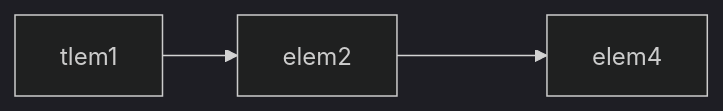
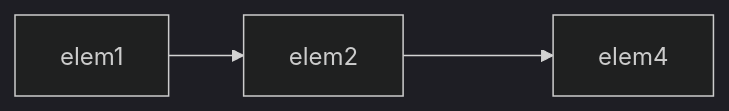
One commit to Free-Aaron-Li/Cpp_Study-program changed the second of 2 diagrams in Cpp_Primer_Studying/PartII_STL/ChapterNine_SeqContainer/docs/ChapterNine_顺序容器.md. Above: the diagram before and after it, drawn with Mermaid (dark theme). The commit also changed other lines of this file and 5 other files, not shown here.

````diff
--- a/Cpp_Primer_Studying/PartII_STL/ChapterNine_SeqContainer/docs/ChapterNine_顺序容器.md
+++ b/Cpp_Primer_Studying/PartII_STL/ChapterNine_SeqContainer/docs/ChapterNine_顺序容器.md
@@ -525,4 +529,4 @@
 ```mermaid
 flowchart LR
-    tlem1-->elem2--->elem4
+    elem1-->elem2--->elem4
 ```
````
